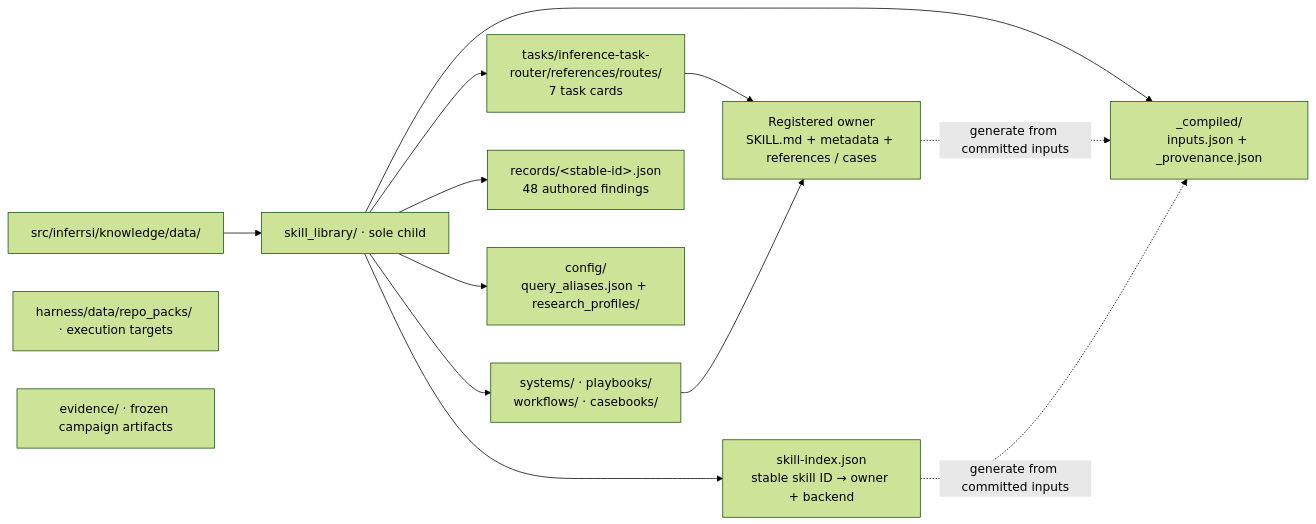
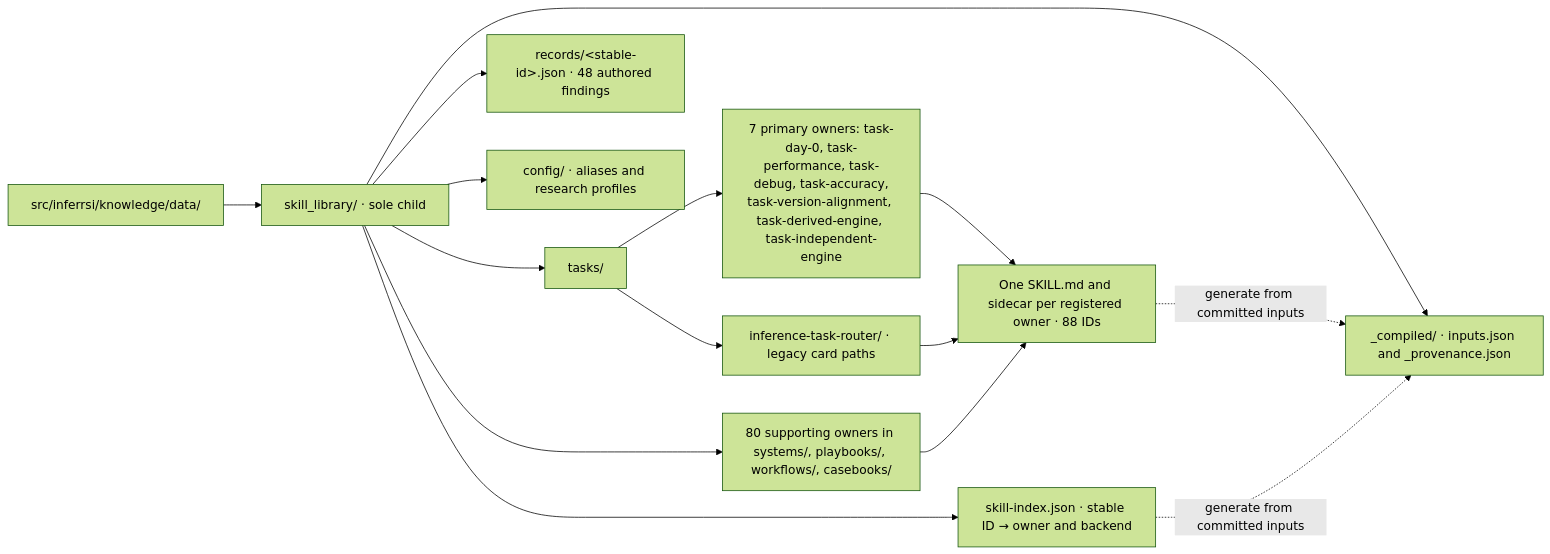
Before and after one commit to InferMatrixLab/InferRSI: the second of 4 diagrams in docs/knowledge-layout.md, drawn with Mermaid (forest theme). The commit also changed other lines of this file and 35 other files, not shown here.

Commit message:
Load the primary inference procedure before searching supporting evidence

````diff
--- a/docs/knowledge-layout.md
+++ b/docs/knowledge-layout.md
@@ -26,14 +27,14 @@
 ```mermaid
 flowchart LR
     D["src/inferrsi/knowledge/data/"] --> L["skill_library/ · sole child"]
-    L --> T["tasks/inference-task-router/references/routes/<br/>7 task cards"]
-    L --> S["systems/ · playbooks/<br/>workflows/ · casebooks/"]
-    T & S --> O["Registered owner<br/>SKILL.md + metadata + references / cases"]
-    L --> F["records/&lt;stable-id&gt;.json<br/>48 authored findings"]
-    L --> CFG["config/<br/>query_aliases.json + research_profiles/"]
-    L --> REG["skill-index.json<br/>stable skill ID → owner + backend"]
-    L --> BUILD["_compiled/<br/>inputs.json + _provenance.json"]
+    L --> T["tasks/"]
+    T --> P["7 primary owners: task-day-0, task-performance, task-debug, task-accuracy,<br/>task-version-alignment, task-derived-engine, task-independent-engine"]
+    T --> H["inference-task-router/ · legacy card paths"]
+    L --> S["80 supporting owners in systems/, playbooks/, workflows/, casebooks/"]
+    P & H & S --> O["One SKILL.md and sidecar per registered owner · 88 IDs"]
+    L --> F["records/&lt;stable-id&gt;.json · 48 authored findings"]
+    L --> CFG["config/ · aliases and research profiles"]
+    L --> REG["skill-index.json · stable ID → owner and backend"]
+    L --> BUILD["_compiled/ · inputs.json and _provenance.json"]
     O & REG -.->|generate from committed inputs| BUILD
-    H["harness/data/repo_packs/ · execution targets"]
-    E["evidence/ · frozen campaign artifacts"]
 ```
````
